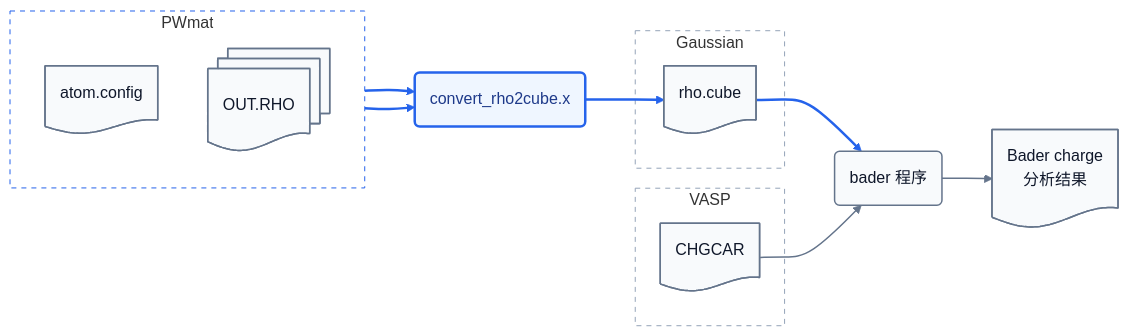
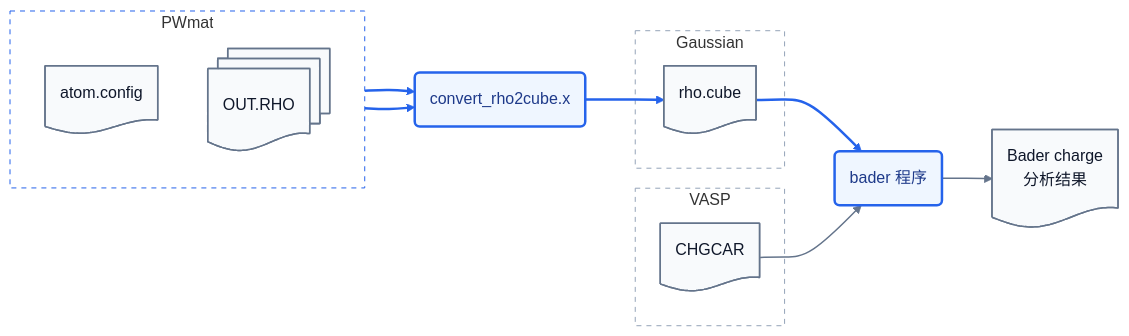
Before and after one commit to bzzlfd/bader-tools: the second of 2 diagrams in README.md, drawn with Mermaid. The commit also changed other lines of this file and 2 other files, not shown here.

````diff
--- a/README.md
+++ b/README.md
@@ -43,35 +43,33 @@
 ```mermaid
 flowchart LR
     subgraph vasp["VASP"]
         chgcar@{ shape: doc, label: "CHGCAR" }
     end
 
     subgraph gaussian["Gaussian"]
         rho_cube@{ shape: doc, label: "rho.cube" }
     end
 
     subgraph pwmat["PWmat"]
         direction TB
         atom@{ shape: doc, label: "atom.config" }
         rho@{ shape: docs, label: "OUT.RHO" }
     end
 
     atom --> convert("convert_rho2cube.x")
     rho --> convert
     convert --> rho_cube
     rho_cube --> bader("bader 程序")
     chgcar --> bader
     bader --> charge@{ shape: doc, label: "Bader charge<br/>分析结果" }
 
-    classDef adapter fill:#eff6ff,stroke:#2563eb,color:#1e3a8a,stroke-width:2.5px
-    classDef program fill:#f8fafc,stroke:#64748b,color:#0f172a,stroke-width:1.5px
+    classDef program fill:#eff6ff,stroke:#2563eb,color:#1e3a8a,stroke-width:2.5px
     classDef file fill:#f8fafc,stroke:#64748b,color:#0f172a,stroke-width:1.5px
-    class convert adapter
-    class bader program
+    class convert,bader program
     class atom,rho,rho_cube,chgcar,charge file
     style pwmat fill:#ffffff,stroke:#2563eb,stroke-dasharray:5 5
     style gaussian fill:#ffffff,stroke:#94a3b8,stroke-dasharray:5 5
     style vasp fill:#ffffff,stroke:#94a3b8,stroke-dasharray:5 5
     linkStyle 0,1,2,3 stroke:#2563eb,stroke-width:2.5px
     linkStyle 4,5 stroke:#64748b,stroke-width:1.5px
 ```
````
